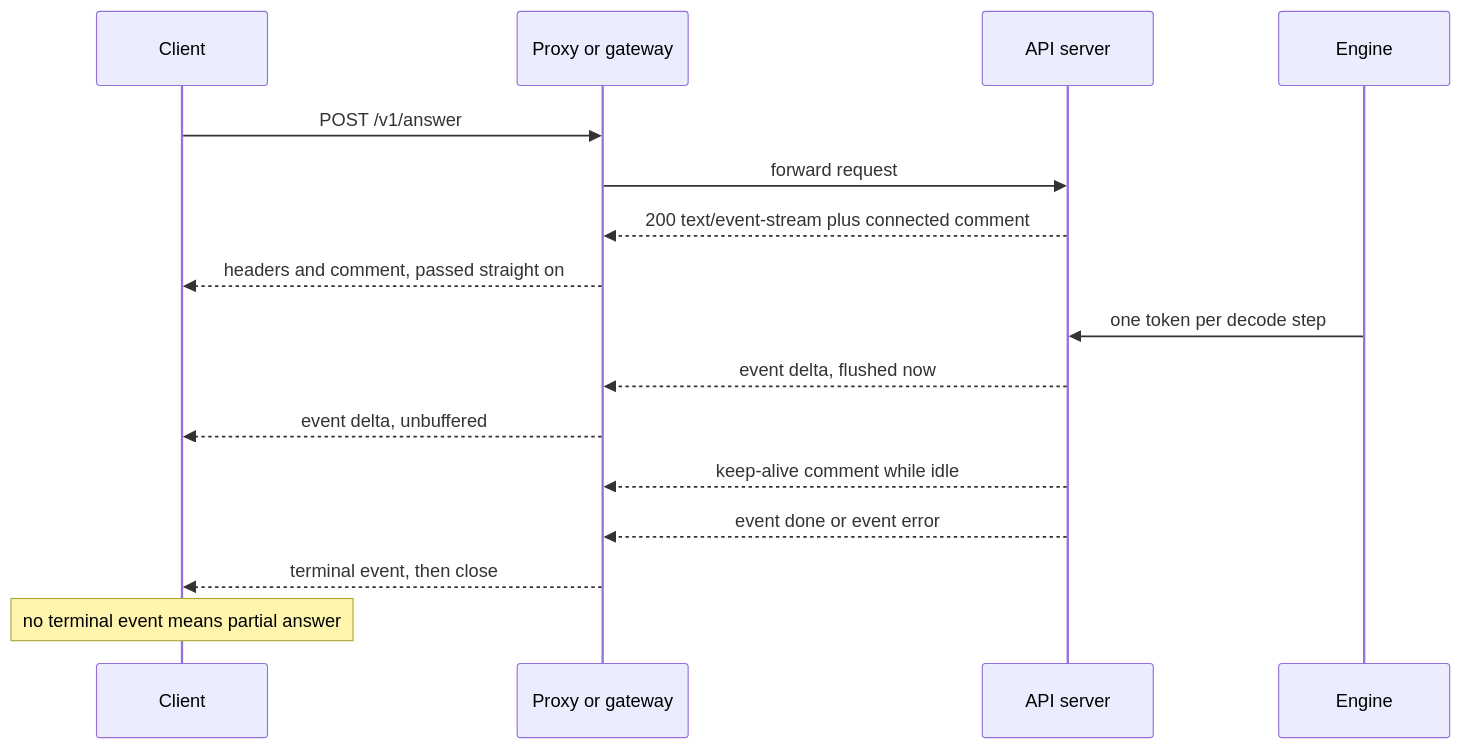
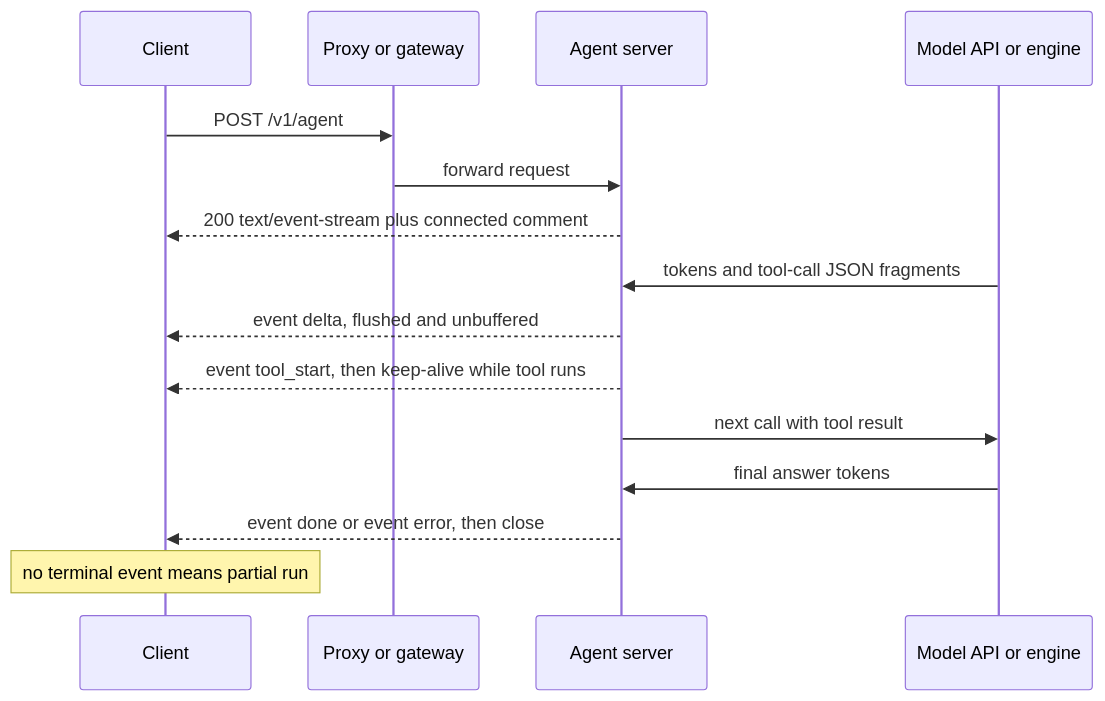
The diagram in content/serving-inference/streaming.md (lovishmahajan97/agentic-learning), drawn with Mermaid before and after one commit. The commit also changed other lines of this file and 266 other files, not shown here.

````diff
--- a/content/serving-inference/streaming.md
+++ b/content/serving-inference/streaming.md
@@ -128,18 +159,17 @@
 ```mermaid
 sequenceDiagram
     participant C as Client
     participant P as Proxy or gateway
-    participant S as API server
-    participant E as Engine
-    C->>P: POST /v1/answer
+    participant S as Agent server
+    participant E as Model API or engine
+    C->>P: POST /v1/agent
     P->>S: forward request
-    S-->>P: 200 text/event-stream plus connected comment
-    P-->>C: headers and comment, passed straight on
-    E->>S: one token per decode step
-    S-->>P: event delta, flushed now
-    P-->>C: event delta, unbuffered
-    S-->>P: keep-alive comment while idle
-    S-->>P: event done or event error
-    P-->>C: terminal event, then close
-    Note over C: no terminal event means partial answer
+    S-->>C: 200 text/event-stream plus connected comment
+    E->>S: tokens and tool-call JSON fragments
+    S-->>C: event delta, flushed and unbuffered
+    S-->>C: event tool_start, then keep-alive while tool runs
+    S->>E: next call with tool result
+    E->>S: final answer tokens
+    S-->>C: event done or event error, then close
+    Note over C: no terminal event means partial run
 ```
````
